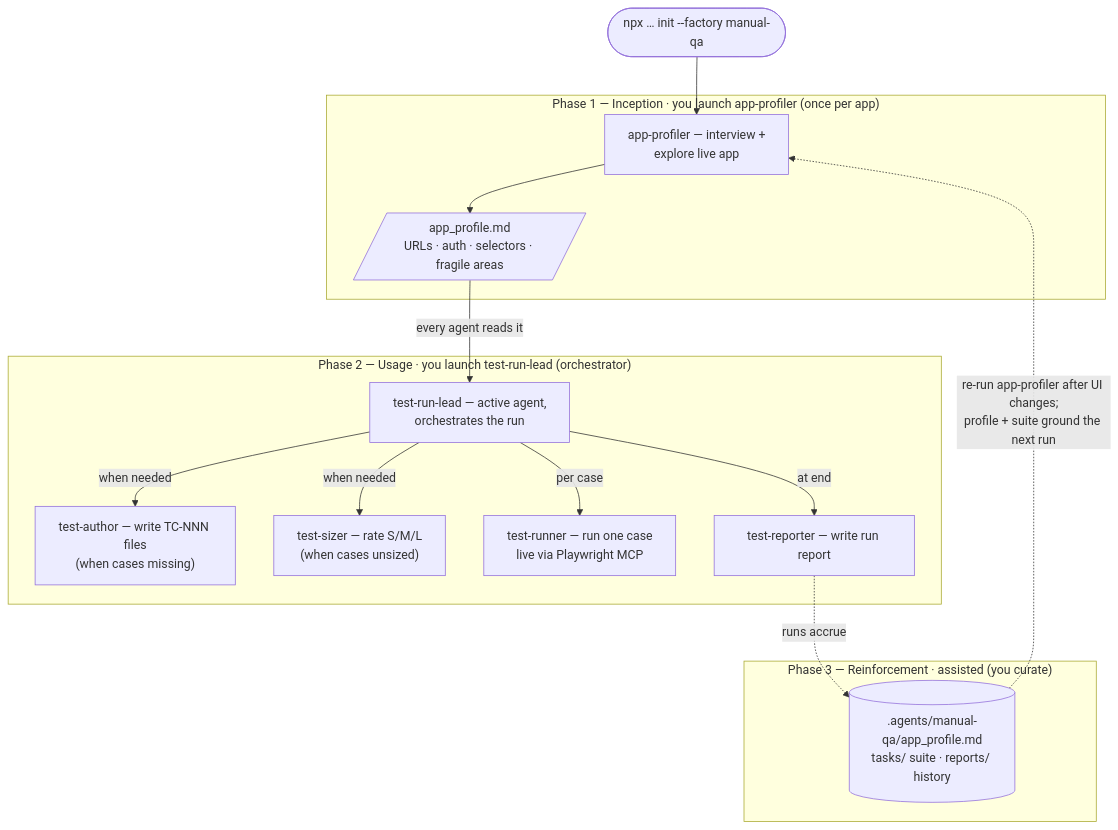
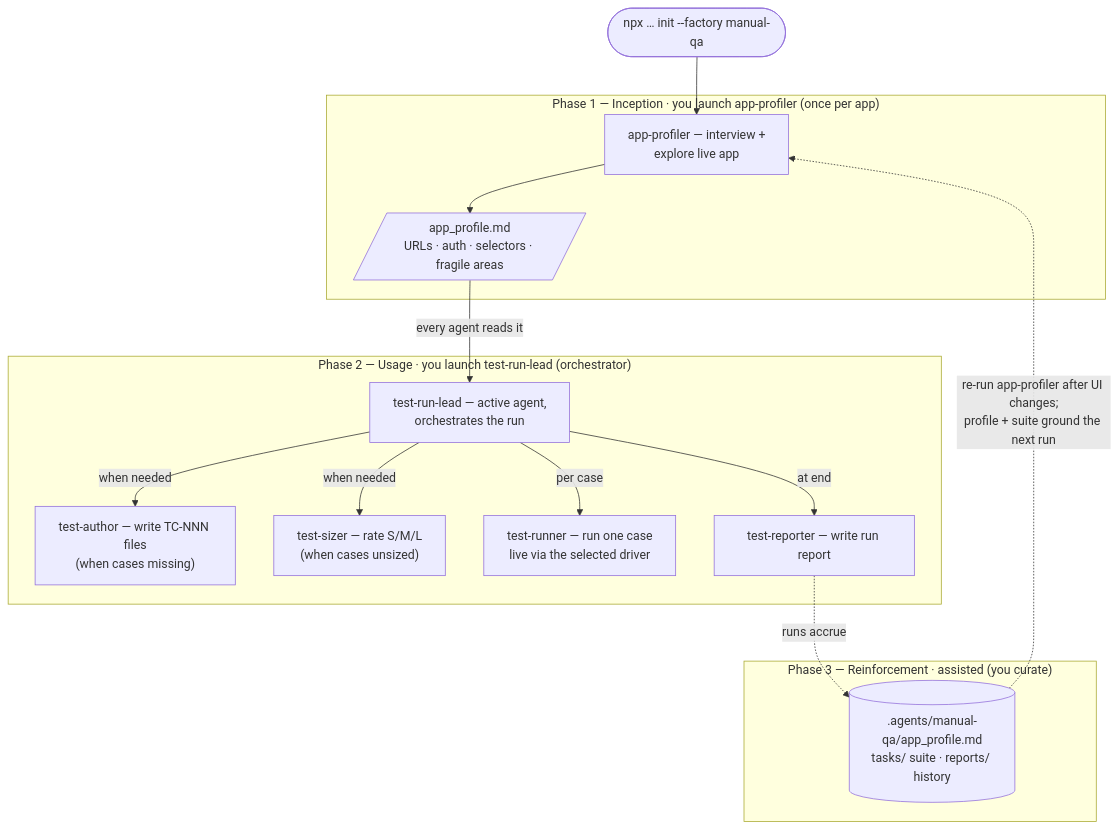
The diagram in bundles/manual-qa/README.md (arozumenko/sdlc-skills), drawn with Mermaid before and after one commit. The commit also changed other lines of this file and 23 other files, not shown here.

````diff
--- a/bundles/manual-qa/README.md
+++ b/bundles/manual-qa/README.md
@@ -72,31 +72,31 @@
 ```mermaid
 flowchart TD
     install(["npx … init --factory manual-qa"]) --> profiler
 
     subgraph p1["Phase 1 — Inception · you launch app-profiler (once per app)"]
         profiler["app-profiler — interview +<br/>explore live app"]
         profile[/"app_profile.md<br/>URLs · auth · selectors · fragile areas"/]
         profiler --> profile
     end
 
     subgraph p2["Phase 2 — Usage · you launch test-run-lead (orchestrator)"]
         lead["test-run-lead — active agent,<br/>orchestrates the run"]
         author["test-author — write TC-NNN files<br/>(when cases missing)"]
         sizer["test-sizer — rate S/M/L<br/>(when cases unsized)"]
-        runner["test-runner — run one case<br/>live via Playwright MCP"]
+        runner["test-runner — run one case<br/>live via the selected driver"]
         reporter["test-reporter — write run report"]
         lead -->|"when needed"| author
         lead -->|"when needed"| sizer
         lead -->|"per case"| runner
         lead -->|"at end"| reporter
     end
 
     profile -->|"every agent reads it"| lead
 
     subgraph p3["Phase 3 — Reinforcement · assisted (you curate)"]
         artifacts[(".agents/manual-qa/app_profile.md<br/>tasks/ suite · reports/ history")]
     end
 
     reporter -. "runs accrue" .-> artifacts
     artifacts -. "re-run app-profiler after UI changes;<br/>profile + suite ground the next run" .-> profiler
 ```
````
